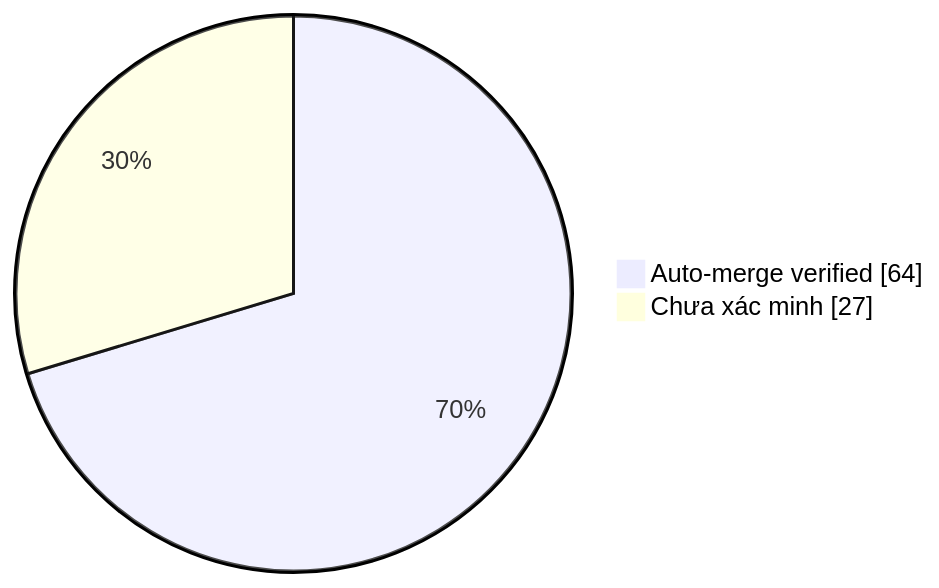
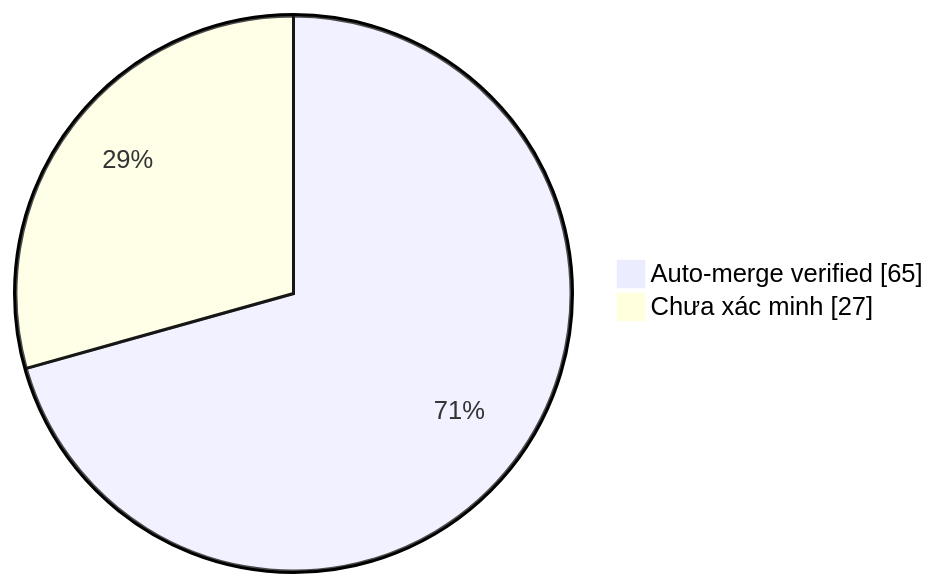
Before and after one commit to duykhang68/tetdinhmuiblog: the diagram in collector.md, drawn with Mermaid. The commit also changed other lines of this file and 1 other file, not shown here.

Commit message:
docs(collector): update auto-merge evidence dashboard

````diff
--- a/collector.md
+++ b/collector.md
@@ -22,5 +22,5 @@
 ```mermaid
 pie showData
-    "Auto-merge verified" : 64
+    "Auto-merge verified" : 65
     "Chưa xác minh" : 27
 ```
````
